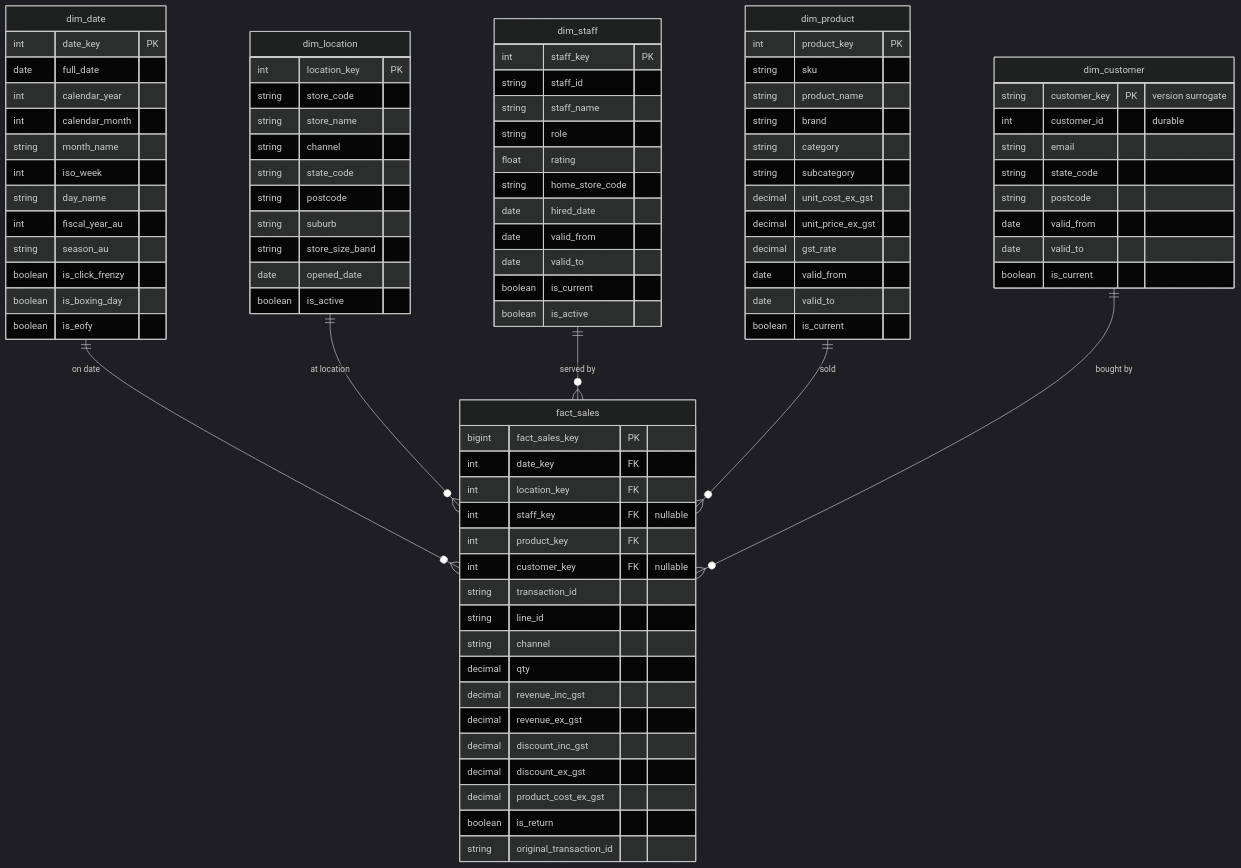
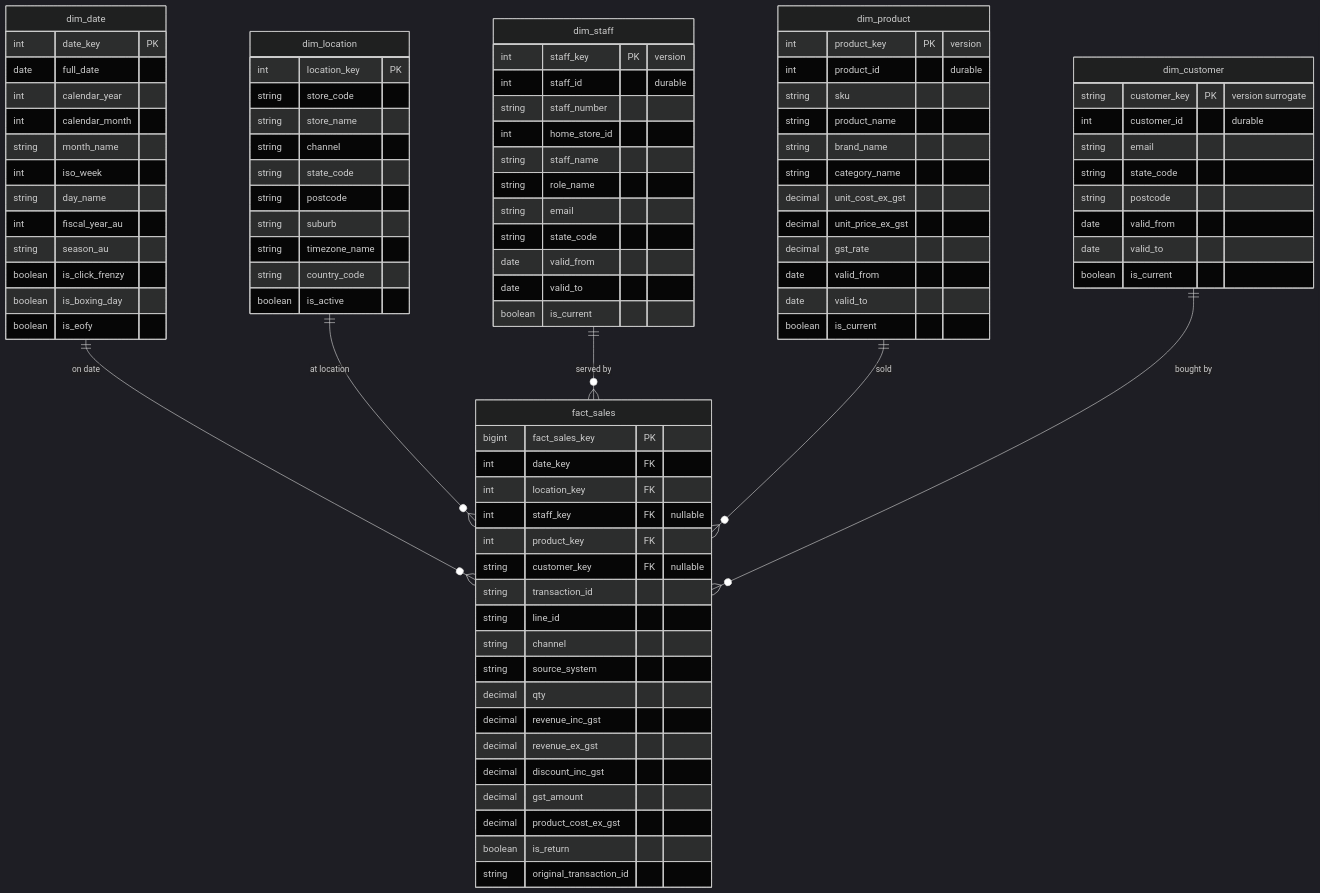
One commit to lehuukimlam/ausie-retail-reporting changed the diagram in docs/data-understanding.md. Above: the diagram before and after it, drawn with Mermaid (dark theme). The commit also changed other lines of this file and 3 other files, not shown here.

```diff
--- a/docs/data-understanding.md
+++ b/docs/data-understanding.md
@@ -247,32 +250,32 @@
         string state_code
         string postcode
         string suburb
-        string store_size_band
-        date opened_date
+        string timezone_name
+        string country_code
         boolean is_active
     }
 
     dim_staff {
-        int staff_key PK
-        string staff_id
+        int staff_key PK "version"
+        int staff_id "durable"
+        string staff_number
+        int home_store_id
         string staff_name
-        string role
-        float rating
-        string home_store_code
-        date hired_date
+        string role_name
+        string email
+        string state_code
         date valid_from
         date valid_to
         boolean is_current
-        boolean is_active
     }
 
     dim_product {
-        int product_key PK
+        int product_key PK "version"
+        int product_id "durable"
         string sku
         string product_name
-        string brand
-        string category
-        string subcategory
+        string brand_name
+        string category_name
         decimal unit_cost_ex_gst
         decimal unit_price_ex_gst
         decimal gst_rate
@@ -298,15 +301,16 @@
         int location_key FK
         int staff_key FK "nullable"
         int product_key FK
-        int customer_key FK "nullable"
+        string customer_key FK "nullable"
         string transaction_id
         string line_id
         string channel
+        string source_system
         decimal qty
         decimal revenue_inc_gst
         decimal revenue_ex_gst
         decimal discount_inc_gst
-        decimal discount_ex_gst
+        decimal gst_amount
         decimal product_cost_ex_gst
         boolean is_return
         string original_transaction_id
```
